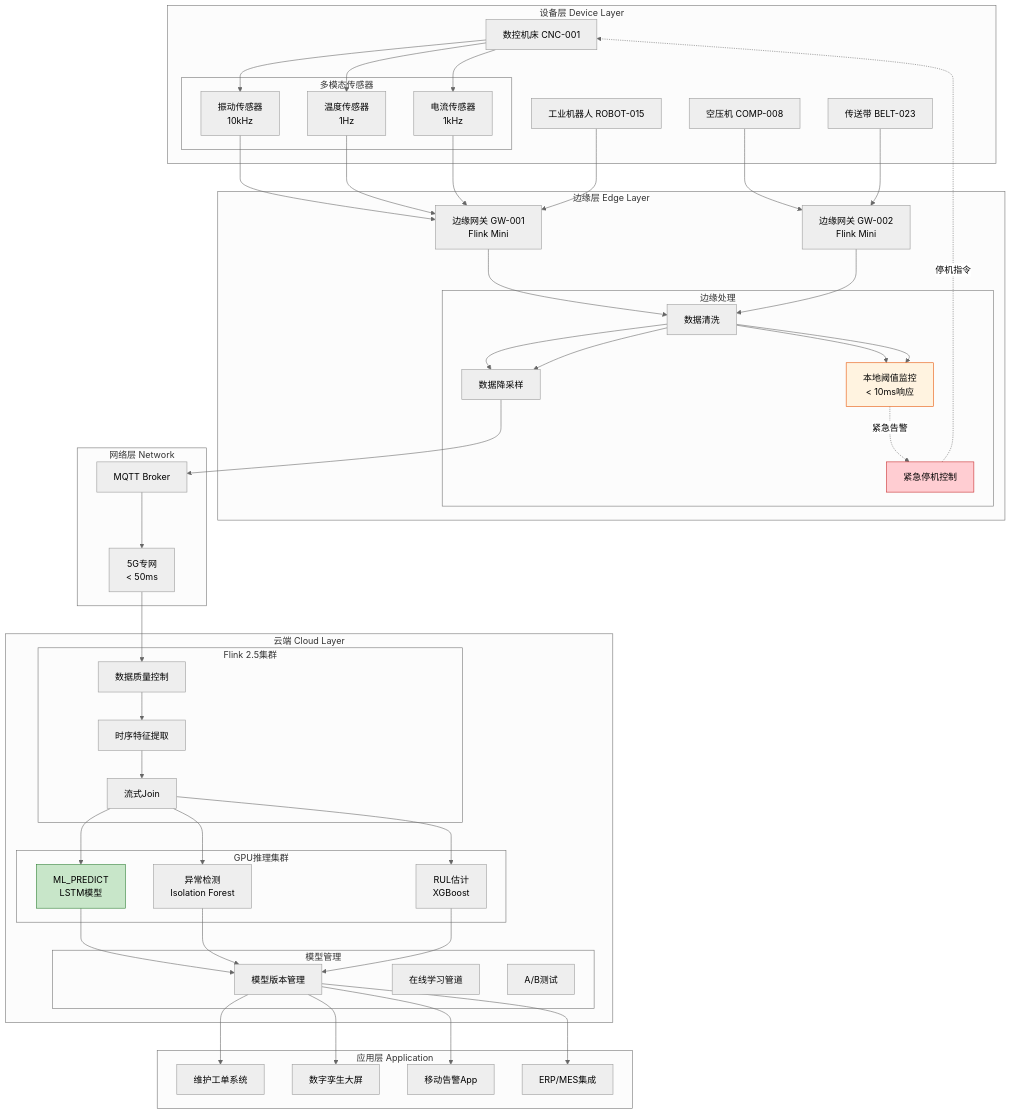
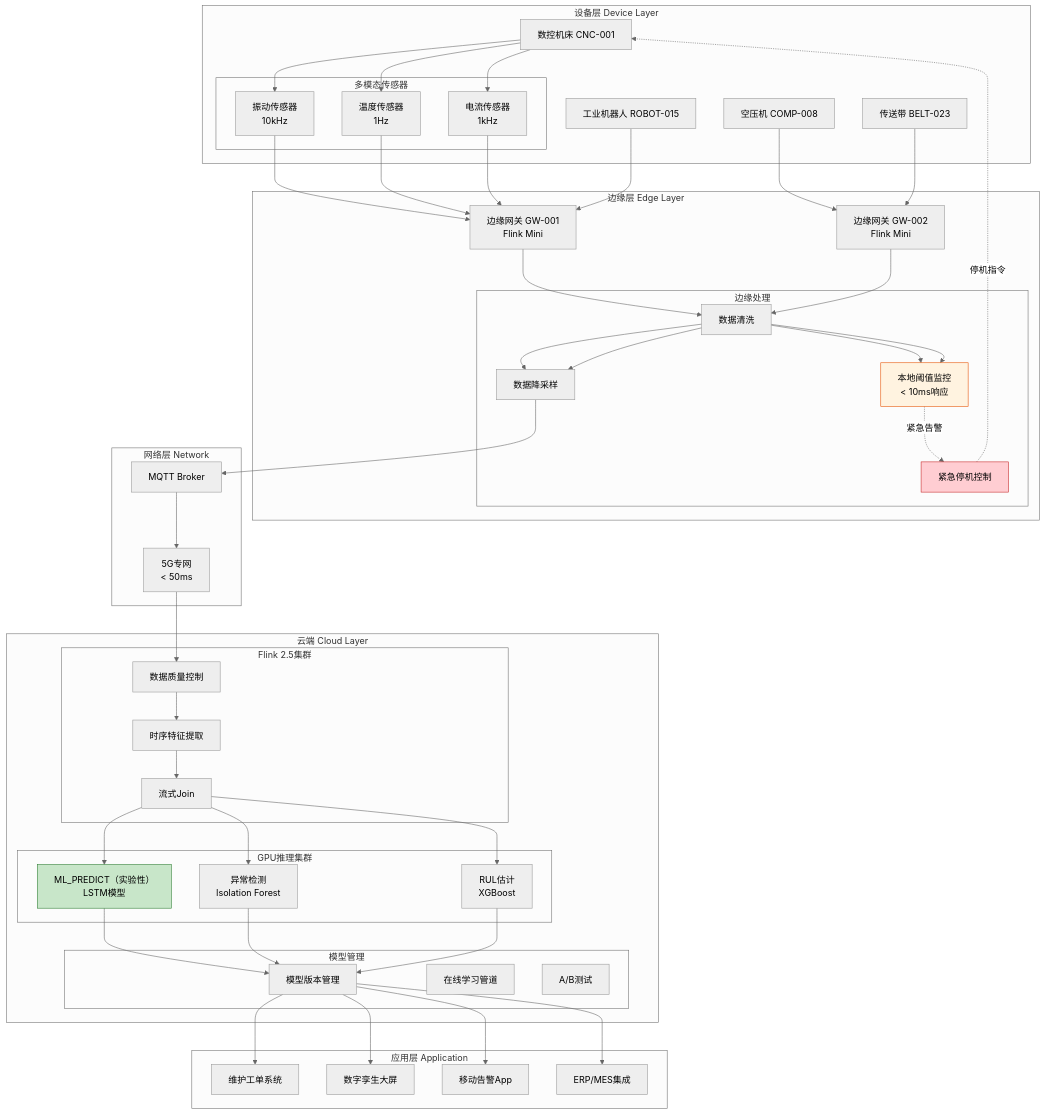
The first of 5 diagrams in Knowledge/10-case-studies/iot/10.3.3-predictive-maintenance-manufacturing.md (AdaMartin18010/AnalysisDataFlow), drawn with Mermaid (neutral theme) before and after one commit. The commit also changed 7 other files, not shown here.

````diff
--- a/Knowledge/10-case-studies/iot/10.3.3-predictive-maintenance-manufacturing.md
+++ b/Knowledge/10-case-studies/iot/10.3.3-predictive-maintenance-manufacturing.md
@@ -1042,79 +1042,79 @@
 ```mermaid
 graph TB
     subgraph "设备层 Device Layer"
         D1[数控机床 CNC-001]
         D2[工业机器人 ROBOT-015]
         D3[空压机 COMP-008]
         D4[传送带 BELT-023]
 
         subgraph "多模态传感器"
             S1V[振动传感器<br/>10kHz]
             S1T[温度传感器<br/>1Hz]
             S1C[电流传感器<br/>1kHz]
         end
     end
 
     subgraph "边缘层 Edge Layer"
         E1[边缘网关 GW-001<br/>Flink Mini]
         E2[边缘网关 GW-002<br/>Flink Mini]
 
         subgraph "边缘处理"
             EP1[数据清洗]
             EP2[本地阈值监控<br/>&lt; 10ms响应]
             EP3[数据降采样]
             EP4[紧急停机控制]
         end
     end
 
     subgraph "网络层 Network"
         MQTT[MQTT Broker]
         5G[5G专网<br/>&lt; 50ms]
     end
 
     subgraph "云端 Cloud Layer"
         subgraph "Flink 2.5集群"
             F1[数据质量控制]
             F2[时序特征提取]
             F3[流式Join]
         end
 
         subgraph "GPU推理集群"
-            GPU1[ML_PREDICT<br/>LSTM模型]
+            GPU1[ML_PREDICT（实验性）<br/>LSTM模型]
             GPU2[异常检测<br/>Isolation Forest]
             GPU3[RUL估计<br/>XGBoost]
         end
 
         subgraph "模型管理"
             M1[模型版本管理]
             M2[在线学习管道]
             M3[A/B测试]
         end
     end
 
     subgraph "应用层 Application"
         A1[维护工单系统]
         A2[数字孪生大屏]
         A3[移动告警App]
         A4[ERP/MES集成]
     end
 
     D1 --> S1V & S1T & S1C --> E1
     D2 --> E1
     D3 --> E2
     D4 --> E2
 
     E1 --> EP1 --> EP2 & EP3
     E2 --> EP1 --> EP2 & EP3
     EP2 -.->|紧急告警| EP4
     EP4 -.->|停机指令| D1
 
     EP3 --> MQTT --> 5G --> F1
     F1 --> F2 --> F3 --> GPU1 & GPU2 & GPU3
 
     GPU1 & GPU2 & GPU3 --> M1
     M1 --> A1 & A2 & A3 & A4
 
     style EP4 fill:#ffcdd2,stroke:#c62828
     style GPU1 fill:#c8e6c9,stroke:#2e7d32
     style EP2 fill:#fff3e0,stroke:#e65100
 ```
````
